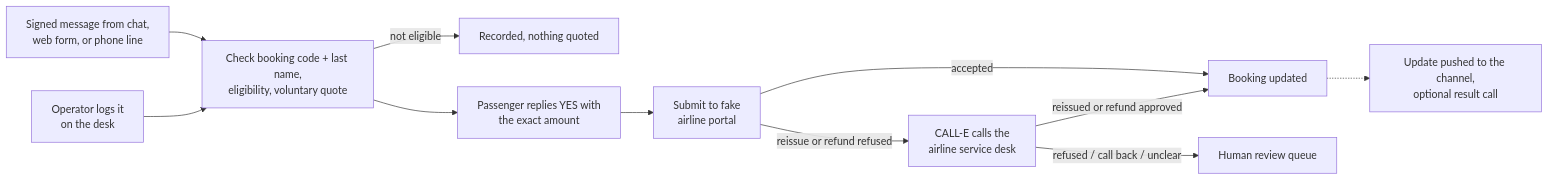
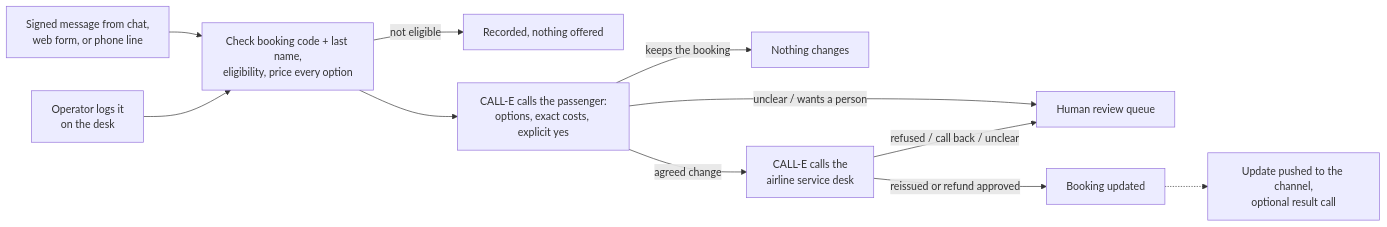
One commit to CALLE-AI/awesome-phone-call-agents changed the second of 2 diagrams in apps/typescript/flight-disruption-agent/README.md. Above: the diagram before and after it, drawn with Mermaid. The commit also changed other lines of this file and 3 other files, not shown here.

First line of the commit message:
docs(flight-disruption-agent): document passenger -> CALL-E -> airline desk

````diff
--- a/apps/typescript/flight-disruption-agent/README.md
+++ b/apps/typescript/flight-disruption-agent/README.md
@@ -140,13 +140,13 @@
 ```mermaid
 flowchart LR
-    A["Signed message from chat,<br/>web form, or phone line"] --> B["Check booking code + last name,<br/>eligibility, voluntary quote"]
+    A["Signed message from chat,<br/>web form, or phone line"] --> B["Check booking code + last name,<br/>eligibility, price every option"]
     O["Operator logs it<br/>on the desk"] --> B
-    B -- "not eligible" --> X["Recorded, nothing quoted"]
-    B --> C["Passenger replies YES with<br/>the exact amount"]
-    C --> D["Submit to fake<br/>airline portal"]
-    D -- "accepted" --> E["Booking updated"]
-    D -- "reissue or refund refused" --> F["CALL-E calls the<br/>airline service desk"]
-    F -- "reissued or refund approved" --> E
-    F -- "refused / call back / unclear" --> I["Human review queue"]
+    B -- "not eligible" --> X["Recorded, nothing offered"]
+    B --> C["CALL-E calls the passenger:<br/>options, exact costs, explicit yes"]
+    C -- "keeps the booking" --> K["Nothing changes"]
+    C -- "unclear / wants a person" --> I["Human review queue"]
+    C -- "agreed change" --> F["CALL-E calls the<br/>airline service desk"]
+    F -- "reissued or refund approved" --> E["Booking updated"]
+    F -- "refused / call back / unclear" --> I
     E -.-> G["Update pushed to the channel,<br/>optional result call"]
 ```
````
